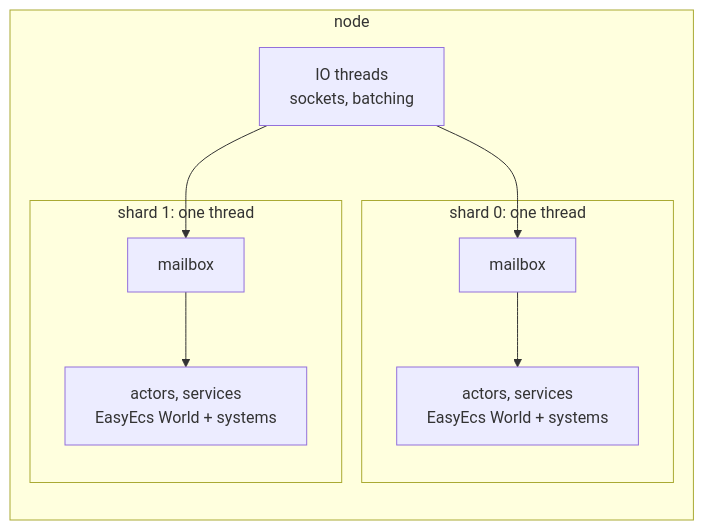
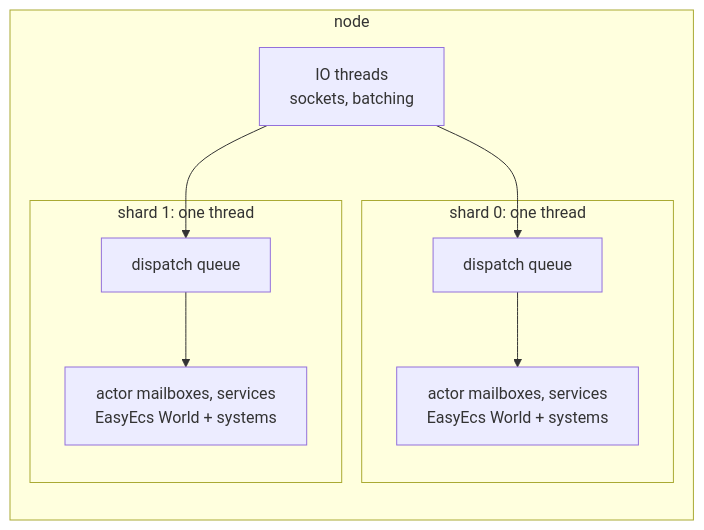
Before and after one commit to JasonXuDeveloper/DaServer: the second of 2 diagrams in README.md, drawn with Mermaid. The commit also changed other lines of this file and 5 other files, not shown here.

````diff
--- a/README.md
+++ b/README.md
@@ -49,13 +50,13 @@
 ```mermaid
 flowchart LR
     subgraph node [node]
         IO[IO threads<br/>sockets, batching] --> M1
         IO --> M2
         subgraph s1 [shard 0: one thread]
-            M1[mailbox] --> W1[actors, services<br/>EasyEcs World + systems]
+            M1[dispatch queue] --> W1[actor mailboxes, services<br/>EasyEcs World + systems]
         end
         subgraph s2 [shard 1: one thread]
-            M2[mailbox] --> W2[actors, services<br/>EasyEcs World + systems]
+            M2[dispatch queue] --> W2[actor mailboxes, services<br/>EasyEcs World + systems]
         end
     end
 ```
````
